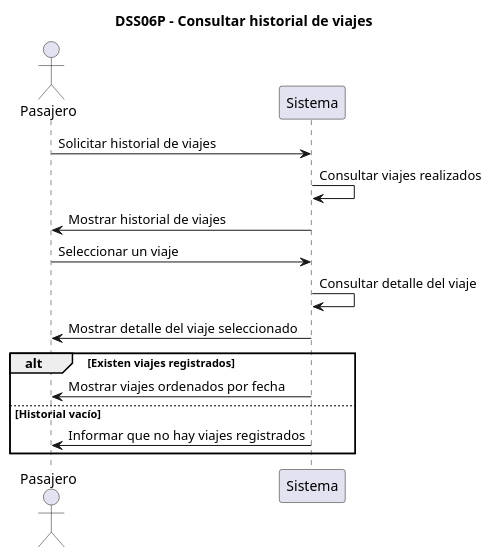
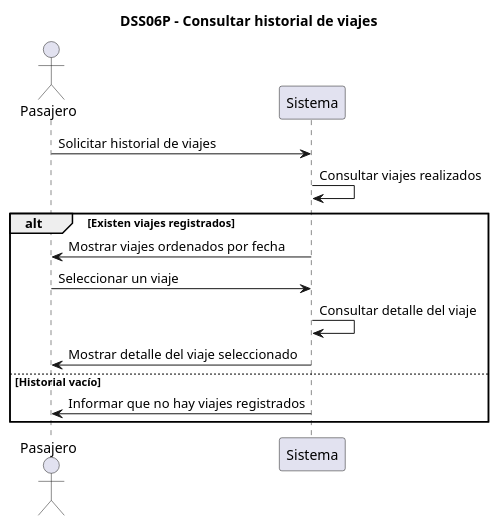
One commit to IvanS0524/Project-ISI-2026-2-G09 changed the diagram in docs/iteracion-01/model/analisis/modelo_dss/Pasajero/dss6.puml. Above: the diagram before and after it, drawn with PlantUML. The commit also changed 1 other file, not shown here.

Commit message:
Address review feedback on DSS diagrams

```diff
--- a/docs/iteracion-01/model/analisis/modelo_dss/Pasajero/dss6.puml
+++ b/docs/iteracion-01/model/analisis/modelo_dss/Pasajero/dss6.puml
@@ -1,21 +1,20 @@
 @startuml DSS06P
 title DSS06P - Consultar historial de viajes
 
 actor Pasajero
 participant "Sistema" as Sistema
 
 Pasajero -> Sistema: Solicitar historial de viajes
 Sistema -> Sistema: Consultar viajes realizados
-Sistema -> Pasajero: Mostrar historial de viajes
-
-Pasajero -> Sistema: Seleccionar un viaje
-Sistema -> Sistema: Consultar detalle del viaje
-Sistema -> Pasajero: Mostrar detalle del viaje seleccionado
 
 alt Existen viajes registrados
     Sistema -> Pasajero: Mostrar viajes ordenados por fecha
+
+    Pasajero -> Sistema: Seleccionar un viaje
+    Sistema -> Sistema: Consultar detalle del viaje
+    Sistema -> Pasajero: Mostrar detalle del viaje seleccionado
 else Historial vacío
     Sistema -> Pasajero: Informar que no hay viajes registrados
 end
 
 @enduml
```
